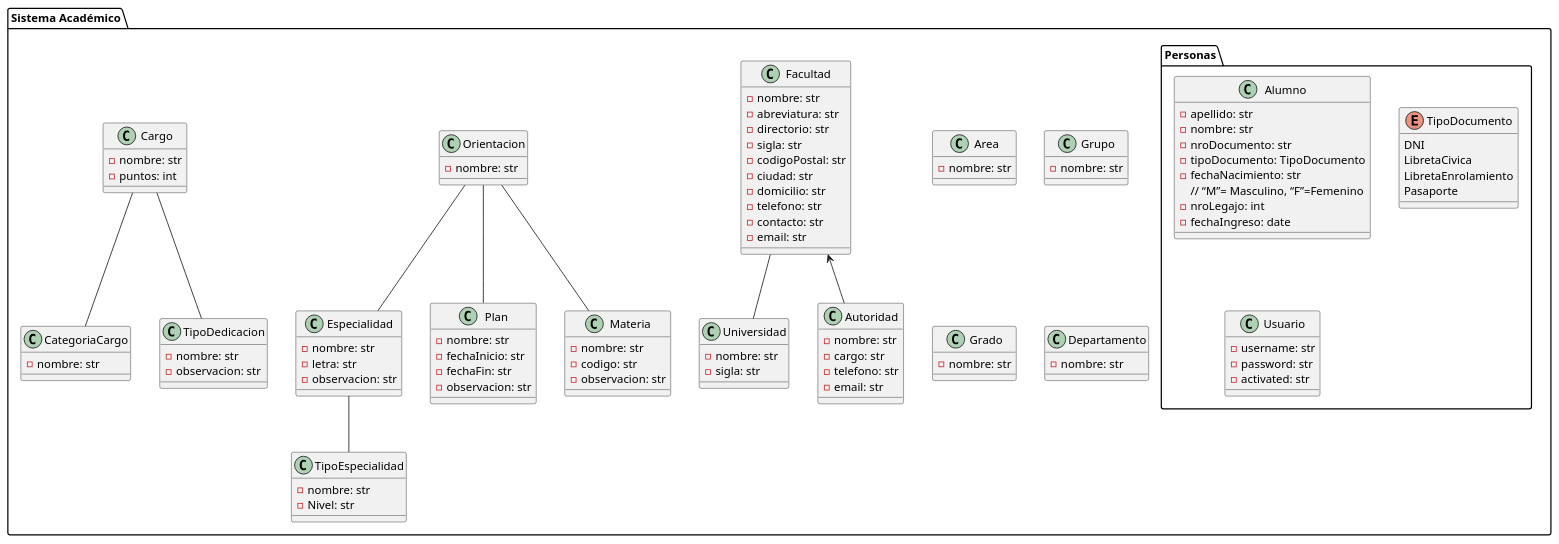
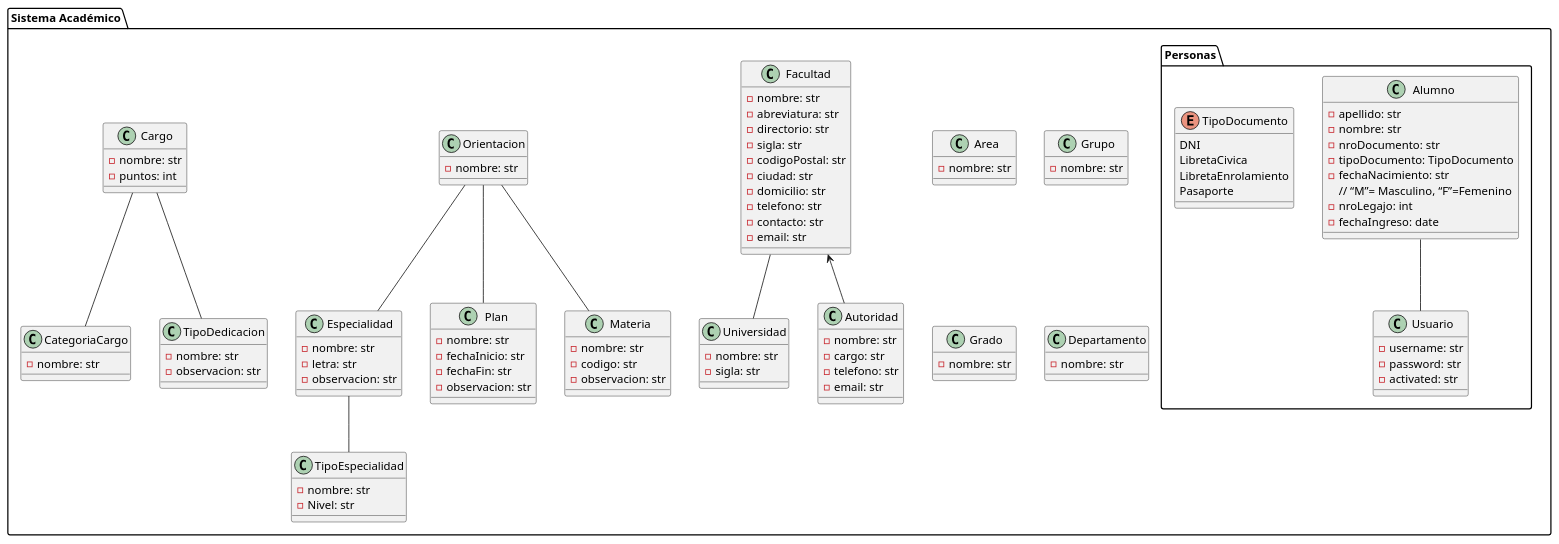
The diagram in diagrama/sysacad_diagrama_de_clases.puml (Elwilsonic/SYSCAD), drawn with PlantUML before and after one commit.

Commit message:
Se agregó la relación de Usuario a Alumno

```diff
--- a/diagrama/sysacad_diagrama_de_clases.puml
+++ b/diagrama/sysacad_diagrama_de_clases.puml
@@ -1,123 +1,124 @@
 @startuml Diagrama de Clases de sysacad
 package "Sistema Académico" {
     package "Personas" {
         class Alumno {
             - apellido: str
             - nombre: str
             - nroDocumento: str
             - tipoDocumento: TipoDocumento
             - fechaNacimiento: str
             // “M”= Masculino, “F”=Femenino
             - nroLegajo: int
             - fechaIngreso: date
         }
 
         enum TipoDocumento {
             DNI
             LibretaCivica
             LibretaEnrolamiento
             Pasaporte
         }
 
         class Usuario {
             - username: str
             - password: str
             - activated: str
         }
     }
 
     class Universidad {
         -nombre: str
         -sigla: str
     }
 
     class Facultad {
         -nombre: str
         -abreviatura: str
         -directorio: str
         -sigla: str
         -codigoPostal: str
         -ciudad: str
         -domicilio: str
         -telefono: str
         -contacto: str
         -email: str
     }
 
     class Autoridad {
         -nombre: str
         -cargo: str
         -telefono: str
         -email: str
     }
 
     class Area {
         - nombre: str
     }
 
     class Especialidad {
         - nombre: str
         - letra: str
         - observacion: str
     }
 
     class TipoEspecialidad {
         - nombre: str
         - Nivel: str
     }
 
     class Grupo {
         - nombre: str
     }
 
     class Plan {
         - nombre: str
         - fechaInicio: str
         - fechaFin: str
         - observacion: str
     }
 
     class Orientacion {
         - nombre: str
     }
 
     class Grado {
         - nombre: str
     }
 
     class Cargo {
         - nombre: str
         - puntos: int
         
     }
     
     class CategoriaCargo {
         - nombre: str
     } 
    
     class Materia {
         - nombre: str
         - codigo: str
         - observacion: str
     }
 
     class TipoDedicacion {
         - nombre: str
         - observacion: str
     }
 
     class Departamento {
         - nombre: str
     }
 
 
     Orientacion -- Especialidad
     Orientacion -- Plan
     Orientacion -- Materia
     Especialidad -- TipoEspecialidad
     Facultad <-- Autoridad
     Facultad -- Universidad
     Cargo -- CategoriaCargo
     Cargo -- TipoDedicacion
+    Alumno -- Usuario
 }
 @enduml
```
